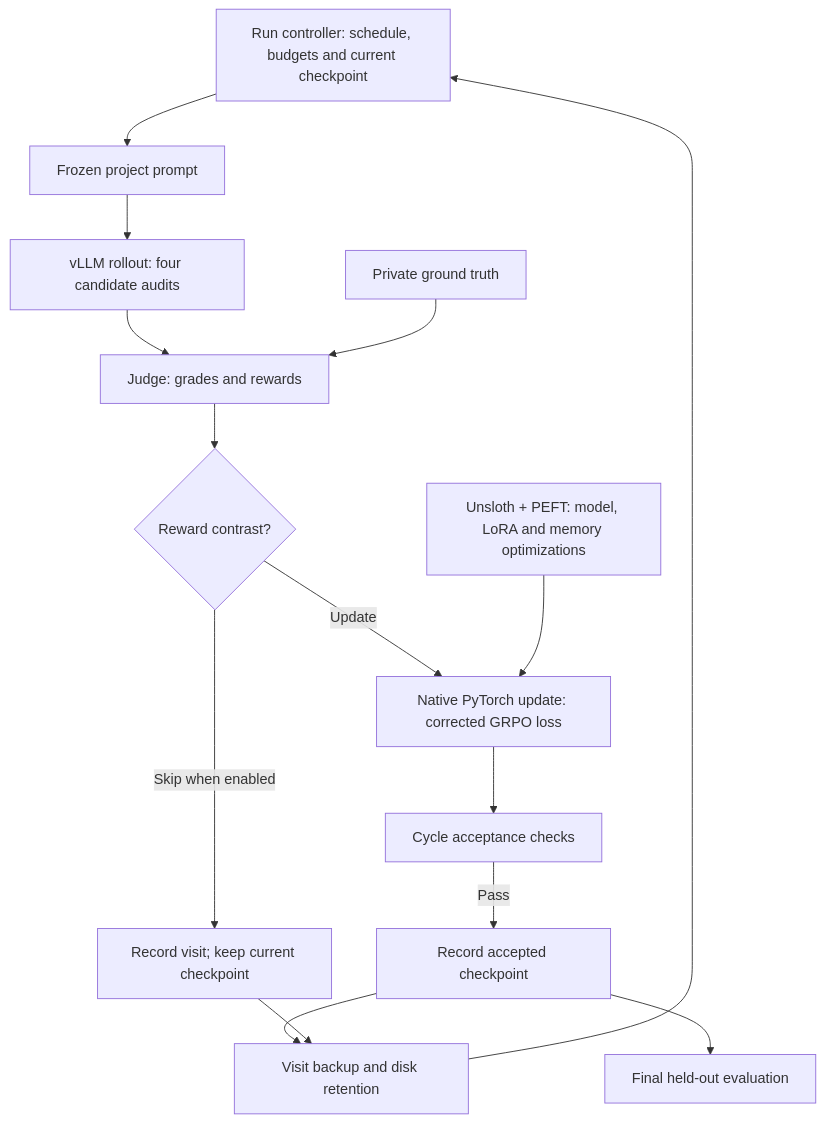
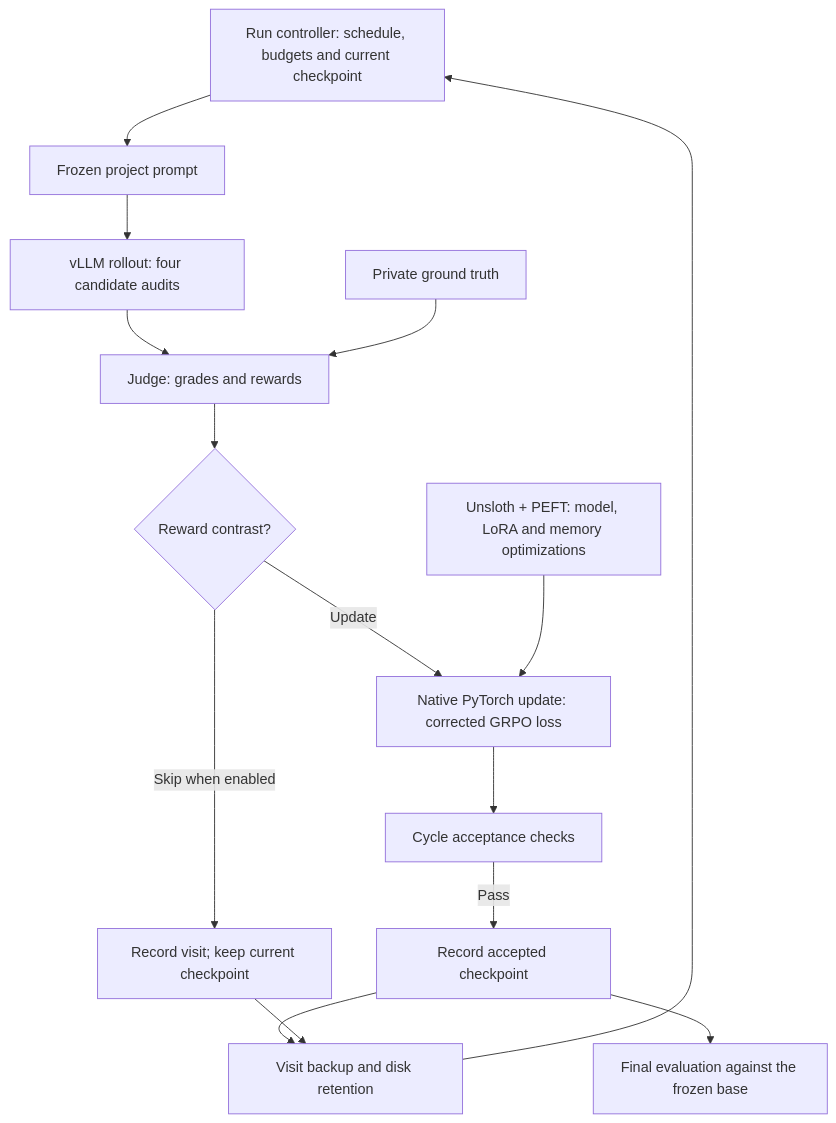
One commit to hyonbokan/audit-grpo-runtime changed the diagram in README.md. Above: the diagram before and after it, drawn with Mermaid. The commit also changed other lines of this file and 18 other files, not shown here.

First line of the commit message:
Final evaluation: trained arm only, against the frozen base, in one engine

````diff
--- a/README.md
+++ b/README.md
@@ -34,17 +34,17 @@
 ```mermaid
 flowchart TD
     C["Run controller: schedule, budgets and current checkpoint"] --> P["Frozen project prompt"]
     P --> R["vLLM rollout: four candidate audits"]
     R --> J["Judge: grades and rewards"]
     G["Private ground truth"] --> J
     J --> D{"Reward contrast?"}
     D -->|"Update"| U["Native PyTorch update: corrected GRPO loss"]
     L["Unsloth + PEFT: model, LoRA and memory optimizations"] --> U
     U --> A["Cycle acceptance checks"]
     A -->|"Pass"| K["Record accepted checkpoint"]
     D -->|"Skip when enabled"| S["Record visit; keep current checkpoint"]
     K --> B["Visit backup and disk retention"]
     S --> B
     B --> C
-    K --> V["Final held-out evaluation"]
+    K --> V["Final evaluation against the frozen base"]
 ```
````
